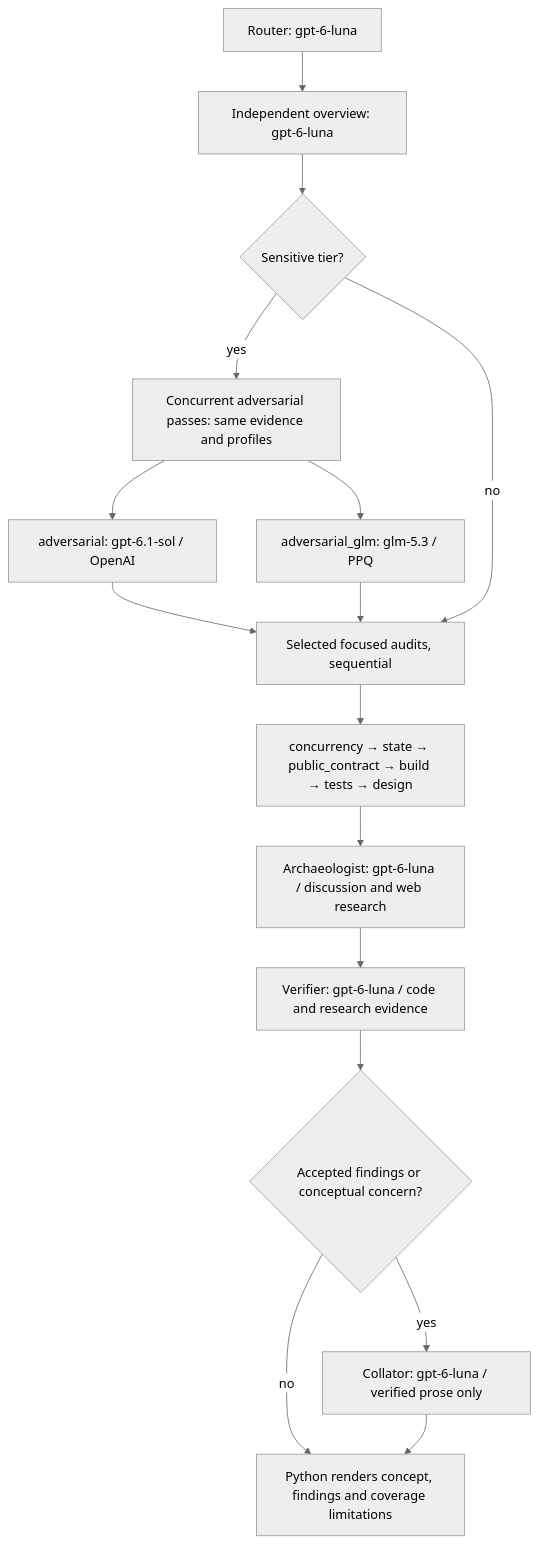
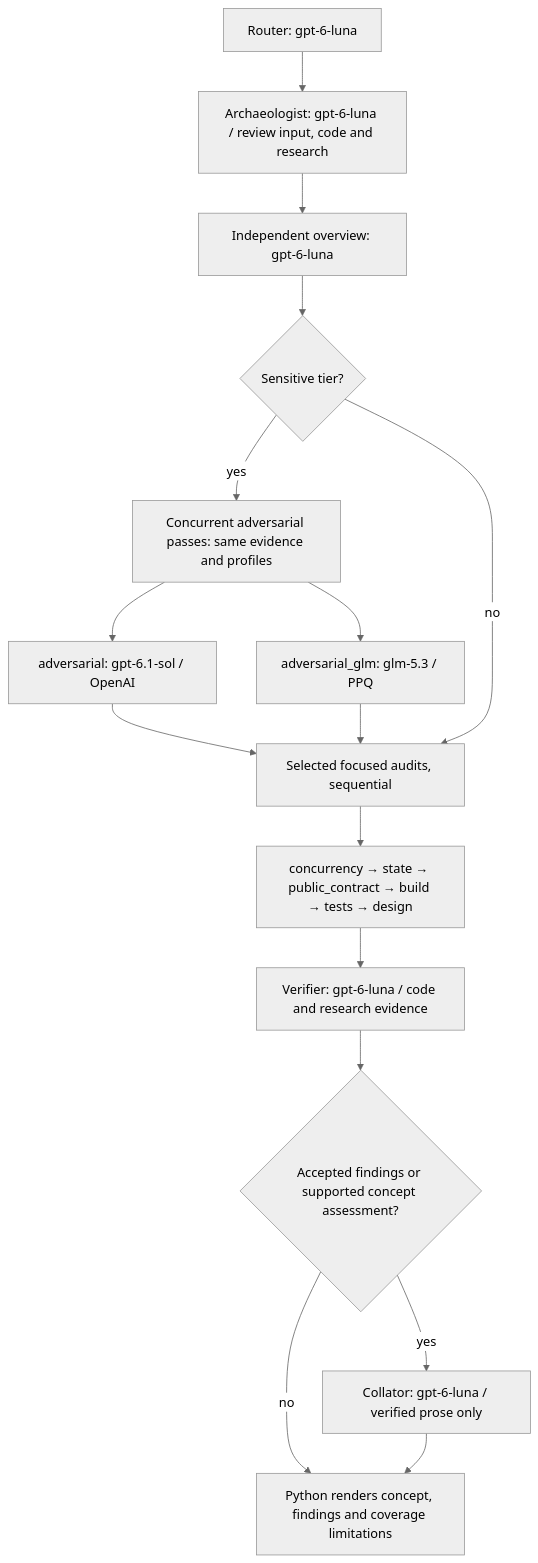
Before and after one commit to sedited/nix-wll: the third of 4 diagrams in pkgs/ralph/README.md, drawn with Mermaid (neutral theme). The commit also changed other lines of this file and 2 other files, not shown here.

First line of the commit message:
Document advisory concept review and visible alternatives

````diff
--- a/pkgs/ralph/README.md
+++ b/pkgs/ralph/README.md
@@ -94,18 +94,18 @@
 ```mermaid
 flowchart TD
-    route["Router: gpt-6-luna"] --> independent["Independent overview: gpt-6-luna"]
+    route["Router: gpt-6-luna"] --> archaeology["Archaeologist: gpt-6-luna / review input, code and research"]
+    archaeology --> independent["Independent overview: gpt-6-luna"]
     independent --> sensitive{"Sensitive tier?"}
     sensitive -->|yes| pair["Concurrent adversarial passes: same evidence and profiles"]
     pair --> sol["adversarial: gpt-6.1-sol / OpenAI"]
     pair --> glm["adversarial_glm: glm-5.3 / PPQ"]
     sol --> focused["Selected focused audits, sequential"]
     glm --> focused
     sensitive -->|no| focused
     focused --> order["concurrency → state → public_contract → build → tests → design"]
-    order --> archaeology["Archaeologist: gpt-6-luna / discussion and web research"]
-    archaeology --> verifier["Verifier: gpt-6-luna / code and research evidence"]
-    verifier --> accepted{"Accepted findings or conceptual concern?"}
+    order --> verifier["Verifier: gpt-6-luna / code and research evidence"]
+    verifier --> accepted{"Accepted findings or supported concept assessment?"}
     accepted -->|yes| collator["Collator: gpt-6-luna / verified prose only"]
     accepted -->|no| render["Python renders concept, findings and coverage limitations"]
     collator --> render
 ```
````
